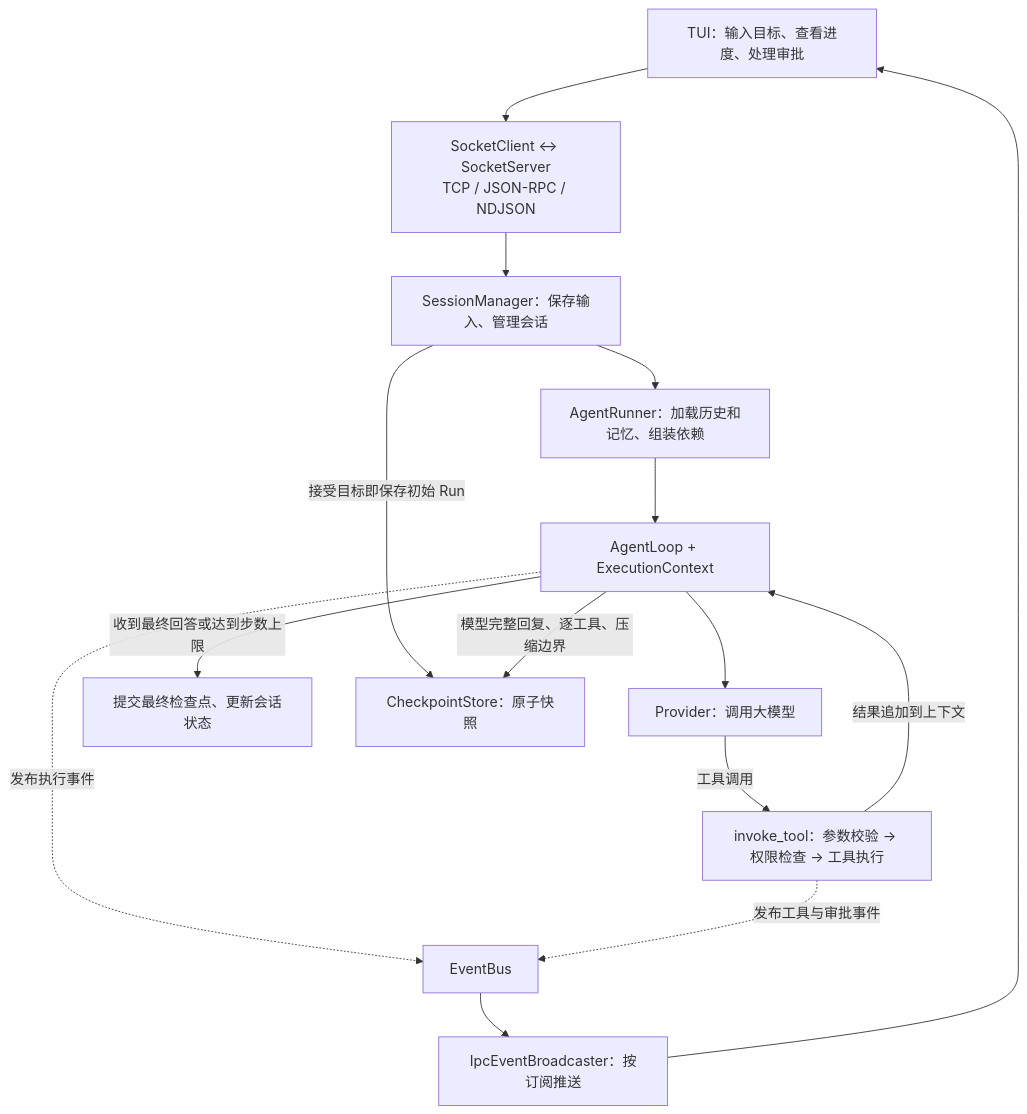
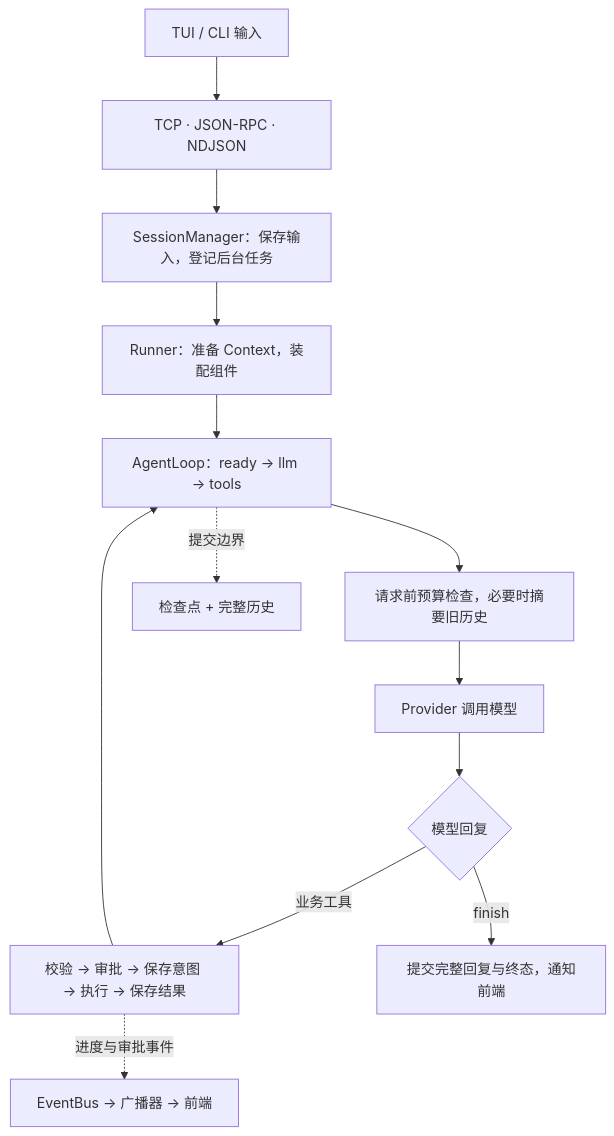
The diagram in README.md (6xiaoming6/KamaClaude), drawn with Mermaid before and after one commit. The commit also changed other lines of this file and 23 other files, not shown here.

````diff
--- a/README.md
+++ b/README.md
@@ -17,24 +31,15 @@
 ```mermaid
 flowchart TD
-    UI["TUI：输入目标、查看进度、处理审批"]
-    IPC["SocketClient ↔ SocketServer<br/>TCP / JSON-RPC / NDJSON"]
-    SM["SessionManager：保存输入、管理会话"]
-    RUN["AgentRunner：加载历史和记忆、组装依赖"]
-    LOOP["AgentLoop + ExecutionContext"]
-    LLM["Provider：调用大模型"]
-    TOOL["invoke_tool：参数校验 → 权限检查 → 工具执行"]
-    SAVE["提交最终检查点、更新会话状态"]
-    BUS["EventBus"]
-    PUSH["IpcEventBroadcaster：按订阅推送"]
-    UI --> IPC --> SM --> RUN --> LOOP
-    LOOP --> LLM
-    LLM -->|工具调用| TOOL
-    TOOL -->|结果追加到上下文| LOOP
-    CP["CheckpointStore：原子快照"]
-    SM -->|接受目标即保存初始 Run| CP
-    LOOP -->|模型完整回复、逐工具、压缩边界| CP
-    LOOP -->|收到最终回答或达到步数上限| SAVE
-    LOOP -.发布执行事件.-> BUS
-    TOOL -.发布工具与审批事件.-> BUS
-    BUS --> PUSH --> UI
+    UI[TUI / CLI 输入] --> IPC[TCP · JSON-RPC · NDJSON]
+    IPC --> SM[SessionManager：保存输入，登记后台任务]
+    SM --> R[Runner：准备 Context，装配组件]
+    R --> L[AgentLoop：ready → llm → tools]
+    L --> C[请求前预算检查，必要时摘要旧历史]
+    C --> P[Provider 调用模型]
+    P --> D{模型回复}
+    D -->|业务工具| T[校验 → 审批 → 保存意图 → 执行 → 保存结果]
+    T --> L
+    D -->|finish| F[提交完整回复与终态，通知前端]
+    L -.提交边界.-> CP[检查点 + 完整历史]
+    T -.进度与审批事件.-> B[EventBus → 广播器 → 前端]
 ```
````
